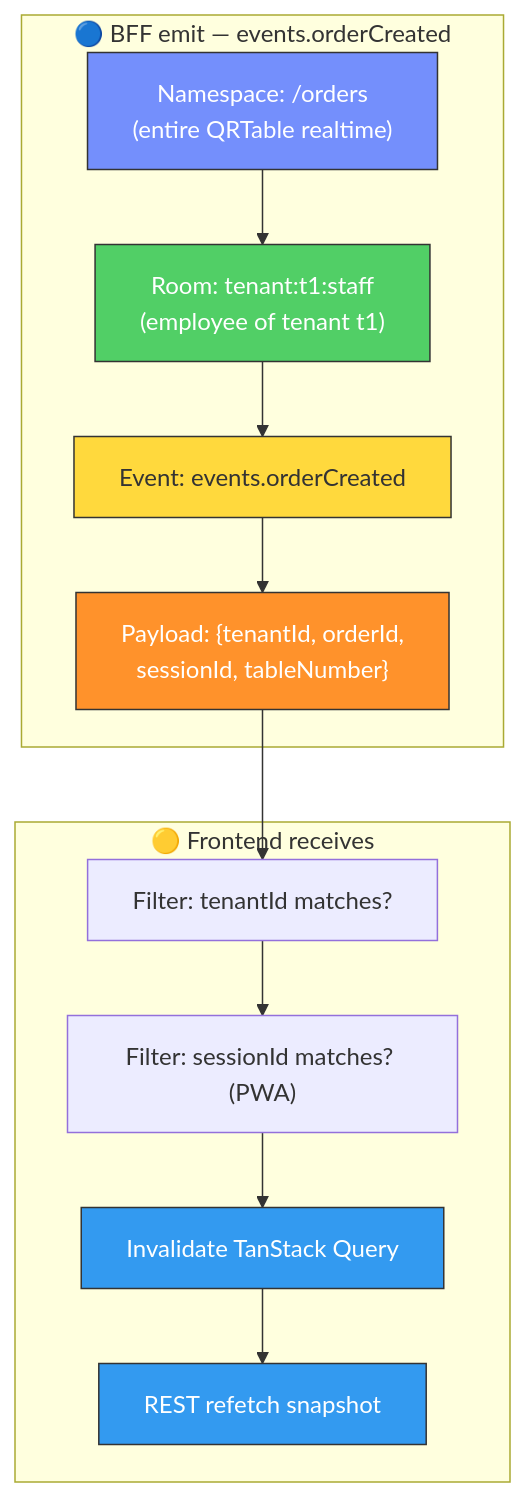
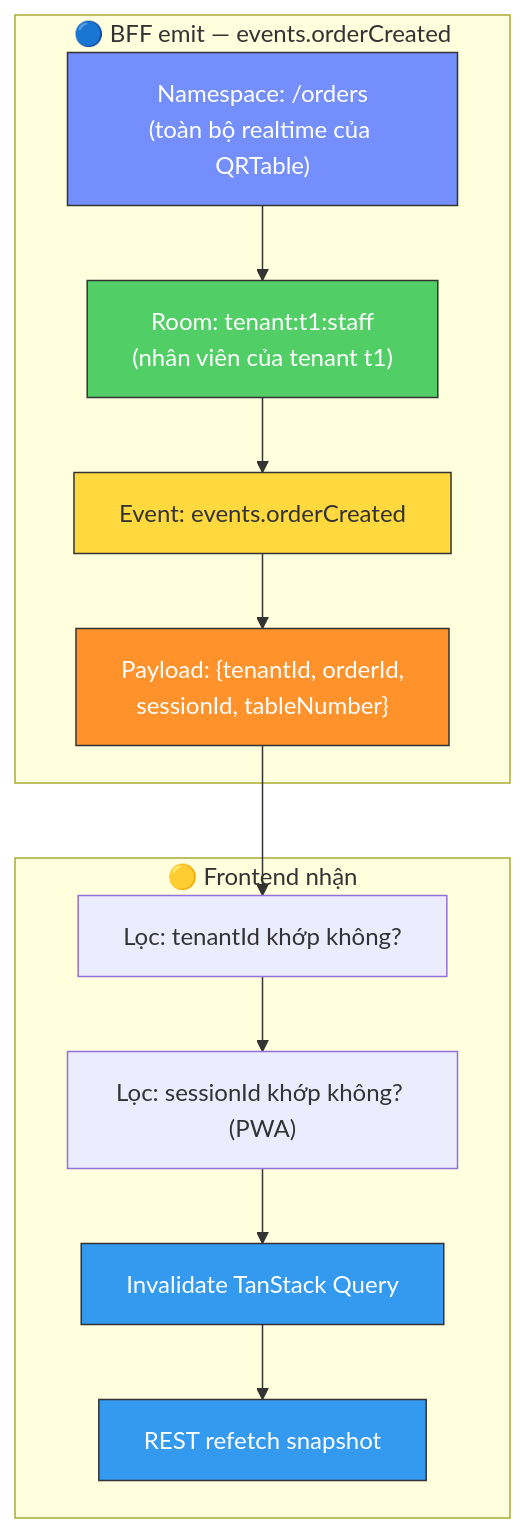
The fourth of 11 diagrams in docs/guides/websocket-socketio-qrtable.md (quan-vo-dinh/saas-pos-microservices-qrtable), drawn with Mermaid before and after one commit. The commit also changed other lines of this file and 8 other files, not shown here.

Commit message:
docs: update architecture guides, codebase map, and consolidation plans

````diff
--- a/docs/guides/websocket-socketio-qrtable.md
+++ b/docs/guides/websocket-socketio-qrtable.md
@@ -211,29 +211,29 @@
 ```mermaid
 graph TB
     subgraph EMIT["🔵 BFF emit — events.orderCreated"]
-NS["Namespace: /orders\n(entire QRTable realtime)"]
-RM["Room: tenant:t1:staff\n(employee of tenant t1)"]
+NS["Namespace: /orders\n(toàn bộ realtime của QRTable)"]
+RM["Room: tenant:t1:staff\n(nhân viên của tenant t1)"]
         EN["Event: events.orderCreated"]
         PL["Payload: {tenantId, orderId,\nsessionId, tableNumber}"]
 
         NS --> RM --> EN --> PL
     end
 
-subgraph RECV["🟡 Frontend receives"]
-F1["Filter: tenantId matches?"]
-F2["Filter: sessionId matches? (PWA)"]
+subgraph RECV["🟡 Frontend nhận"]
+F1["Lọc: tenantId khớp không?"]
+F2["Lọc: sessionId khớp không? (PWA)"]
         F3["Invalidate TanStack Query"]
         F4["REST refetch snapshot"]
 
         F1 --> F2 --> F3 --> F4
     end
 
     PL --> F1
 
     style NS fill:#748ffc,stroke:#333,color:#fff
     style RM fill:#51cf66,stroke:#333,color:#fff
     style EN fill:#ffd93d,stroke:#333,color:#333
     style PL fill:#ff922b,stroke:#333,color:#fff
     style F3 fill:#339af0,stroke:#333,color:#fff
     style F4 fill:#339af0,stroke:#333,color:#fff
 ```
````
